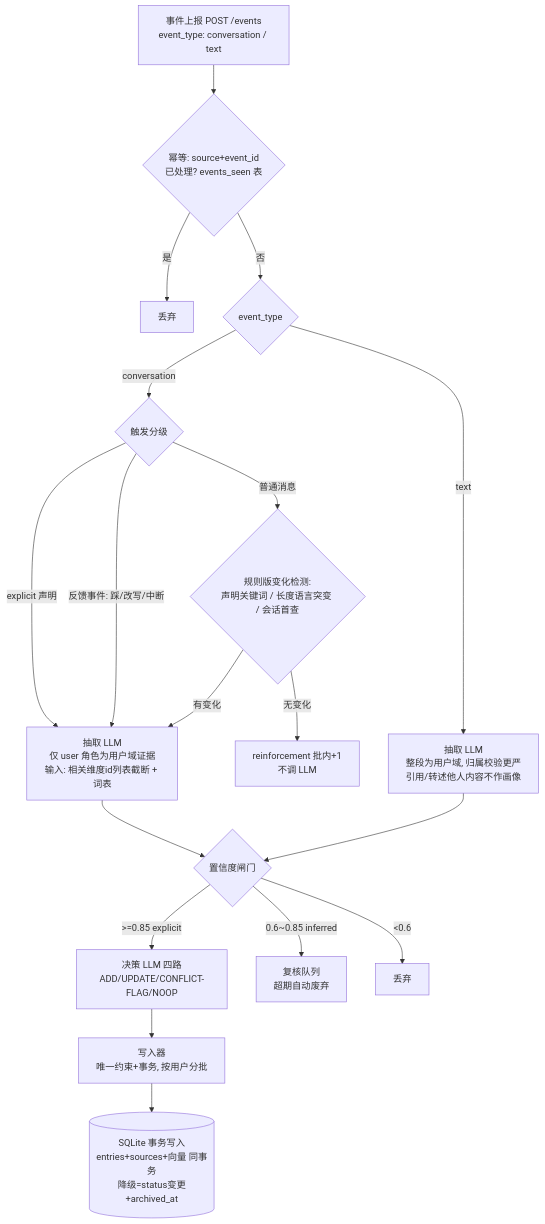
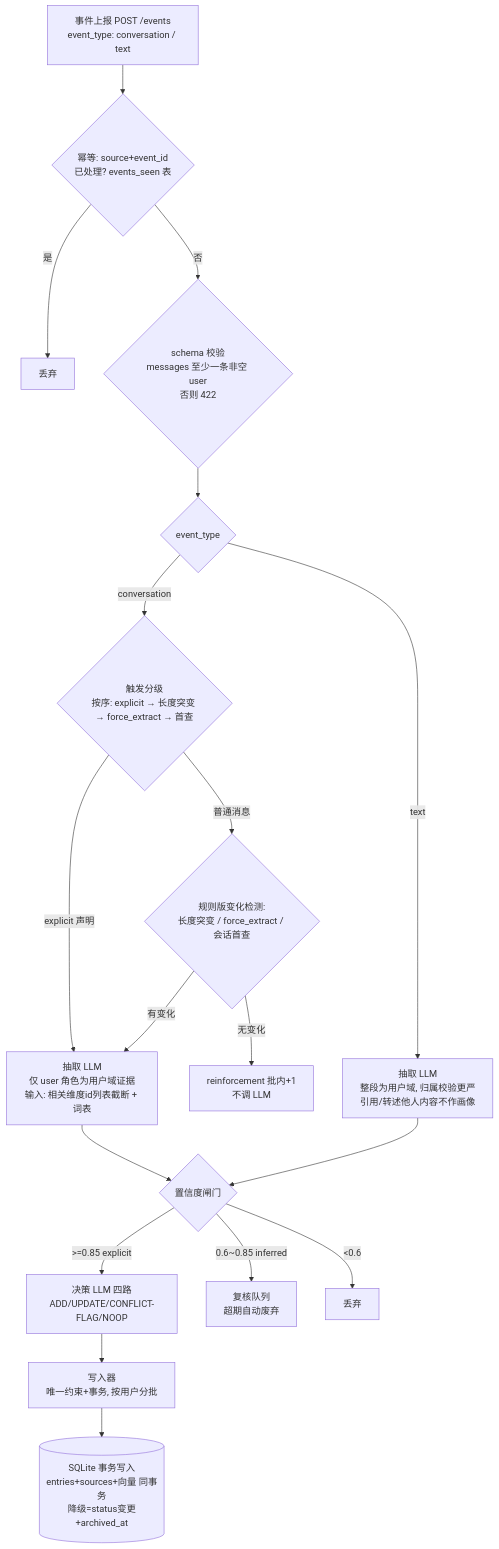
Before and after one commit to helyho/pismor: the second of 3 diagrams in docs/superpowers/specs/2026-11-23-user-profile-memory-design.md, drawn with Mermaid. The commit also changed other lines of this file and 9 other files, not shown here.

Commit message:
feat(intake): conversation 反馈字段改为 force_extract 并校验 user 证据

````diff
--- a/docs/superpowers/specs/2026-11-23-user-profile-memory-design.md
+++ b/docs/superpowers/specs/2026-11-23-user-profile-memory-design.md
@@ -351,20 +351,20 @@
 ```mermaid
 flowchart TD
     A[事件上报 POST /events<br/>event_type: conversation / text] --> B{幂等: source+event_id<br/>已处理? events_seen 表}
     B -->|是| Z[丢弃]
-    B -->|否| T0{event_type}
-    T0 -->|conversation| C{触发分级}
+    B -->|否| V{schema 校验<br/>messages 至少一条非空 user<br/>否则 422}
+    V --> T0{event_type}
+    T0 -->|conversation| C{触发分级<br/>按序: explicit → 长度突变 → force_extract → 首查}
     C -->|explicit 声明| E
-    C -->|反馈事件: 踩/改写/中断| E
-    C -->|普通消息| D{规则版变化检测:<br/>声明关键词 / 长度语言突变 / 会话首查}
+    C -->|普通消息| D{规则版变化检测:<br/>长度突变 / force_extract / 会话首查}
     D -->|无变化| F[reinforcement 批内+1<br/>不调 LLM]
     D -->|有变化| E[抽取 LLM<br/>仅 user 角色为用户域证据<br/>输入: 相关维度id列表截断 + 词表]
     T0 -->|text| E2[抽取 LLM<br/>整段为用户域, 归属校验更严<br/>引用/转述他人内容不作画像]
     E --> G{置信度闸门}
     E2 --> G
     G -->|>=0.85 explicit| H[决策]
     G -->|0.6~0.85 inferred| R[复核队列<br/>超期自动废弃]
     G -->|<0.6| X[丢弃]
     H[决策 LLM 四路<br/>ADD/UPDATE/CONFLICT-FLAG/NOOP] --> I[写入器<br/>唯一约束+事务, 按用户分批]
     I --> J[(SQLite 事务写入<br/>entries+sources+向量 同事务<br/>降级=status变更+archived_at)]
 ```
````
